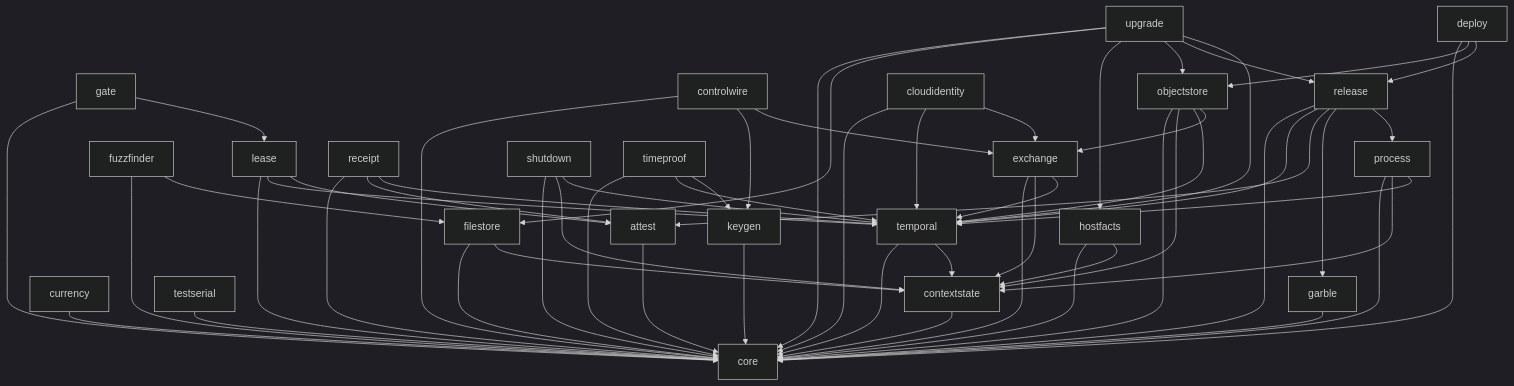
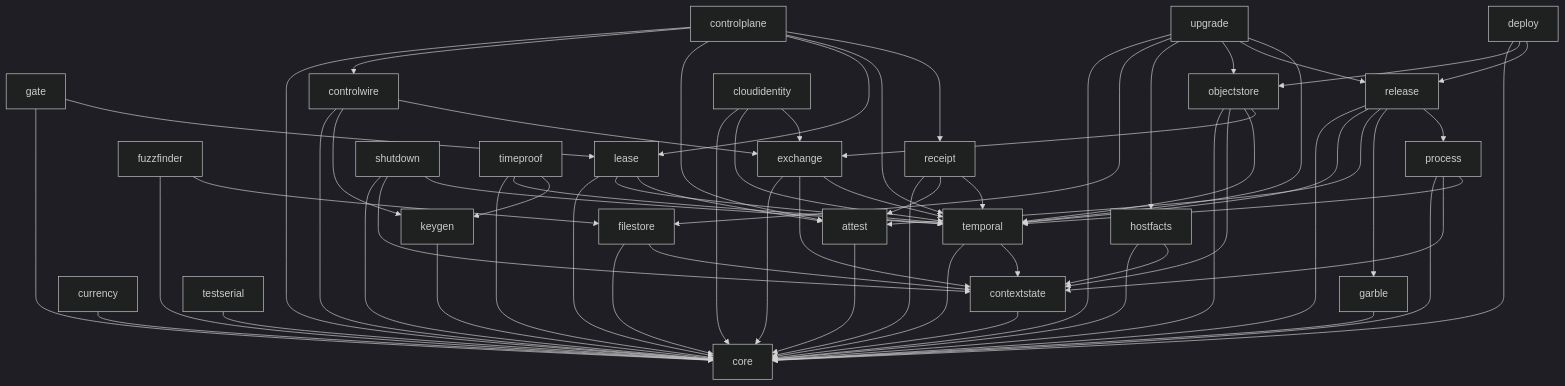
One commit to deliri/primitive changed the diagram in README.md. Above: the diagram before and after it, drawn with Mermaid (dark theme). The commit also changed 45 other files, not shown here.

````diff
--- a/README.md
+++ b/README.md
@@ -26,68 +26,74 @@
 ```mermaid
 flowchart TD
     core[core]
 
     attest[attest] --> core
     contextstate[contextstate] --> core
     currency[currency] --> core
     garble[garble] --> core
     keygen[keygen] --> core
     testserial[testserial] --> core
 
     filestore[filestore] --> core
     filestore --> contextstate
     hostfacts[hostfacts] --> core
     hostfacts --> contextstate
     temporal[temporal] --> core
     temporal --> contextstate
 
     exchange[exchange] --> core
     exchange --> contextstate
     exchange --> temporal
     fuzzfinder[fuzzfinder] --> core
     fuzzfinder --> filestore
     lease[lease] --> core
     lease --> temporal
     lease --> attest
     gate[gate] --> core
     gate --> lease
     receipt[receipt] --> core
     receipt --> attest
     receipt --> temporal
     controlwire[controlwire] --> core
     controlwire --> keygen
     controlwire --> exchange
+    controlplane[controlplane] --> core
+    controlplane --> controlwire
+    controlplane --> attest
+    controlplane --> lease
+    controlplane --> temporal
+    controlplane --> receipt
     process[process] --> core
     process --> contextstate
     process --> temporal
     release[release] --> core
     release --> temporal
     release --> attest
     release --> garble
     release --> process
     shutdown[shutdown] --> core
     shutdown --> contextstate
     shutdown --> temporal
 
     objectstore[objectstore] --> core
     objectstore --> contextstate
     objectstore --> temporal
     objectstore --> exchange
     timeproof[timeproof] --> core
     timeproof --> temporal
     timeproof --> keygen
     cloudidentity[cloudidentity] --> core
     cloudidentity --> temporal
     cloudidentity --> exchange
 
     deploy[deploy] --> core
     deploy --> objectstore
     deploy --> release
 
     upgrade[upgrade] --> core
     upgrade --> filestore
     upgrade --> hostfacts
     upgrade --> objectstore
     upgrade --> release
     upgrade --> temporal
 ```
````
